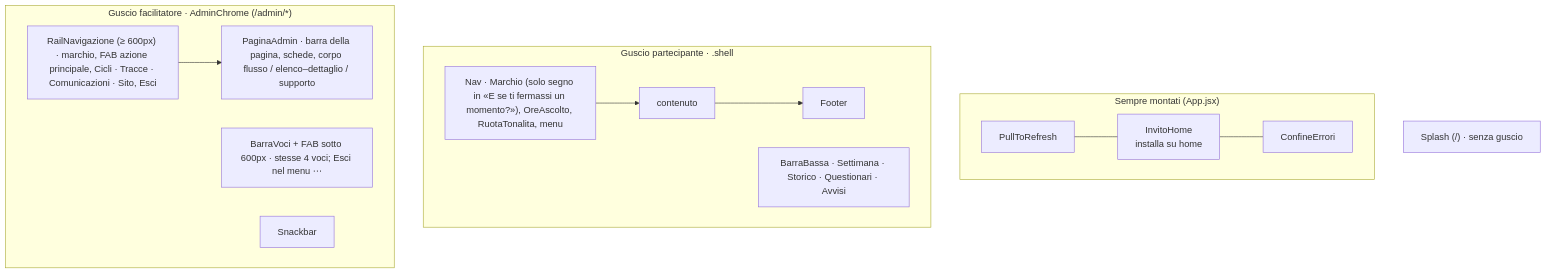
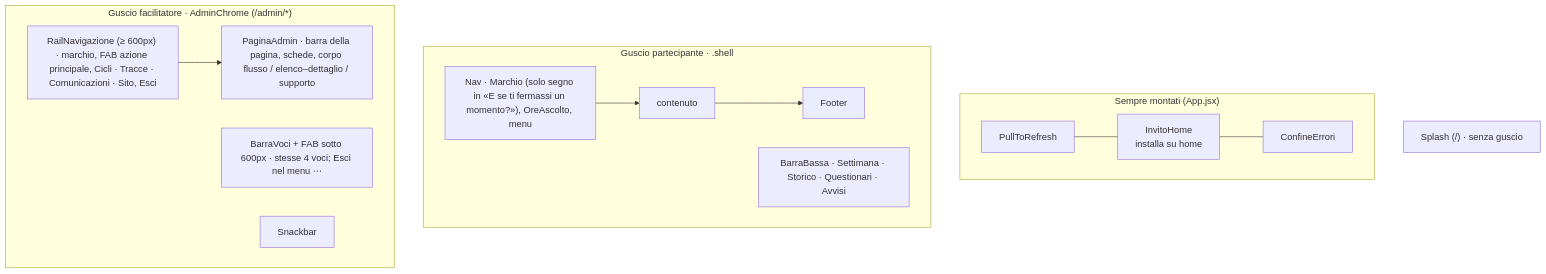
Before and after one commit to salonbookingsystemou-dot/conscio: the diagram in docs/interfaccia.md, drawn with Mermaid. The commit also changed other lines of this file and 13 other files, not shown here.

````diff
--- a/docs/interfaccia.md
+++ b/docs/interfaccia.md
@@ -13,16 +13,16 @@
 ```mermaid
 flowchart TB
   subgraph Globali["Sempre montati (App.jsx)"]
     PTR[PullToRefresh] --- IH[InvitoHome<br/>installa su home] --- CE[ConfineErrori]
   end
   subgraph Part["Guscio partecipante · .shell"]
-    NAV["Nav · Marchio (solo segno in «E se ti fermassi un momento?»), OreAscolto, RuotaTonalita, menu"] --> CONT1[contenuto] --> FOOT[Footer]
+    NAV["Nav · Marchio (solo segno in «E se ti fermassi un momento?»), OreAscolto, menu"] --> CONT1[contenuto] --> FOOT[Footer]
     BB["BarraBassa · Settimana · Storico · Questionari · Avvisi"]
   end
   subgraph Fac["Guscio facilitatore · AdminChrome (/admin/*)"]
     RAIL["RailNavigazione (≥ 600px) · marchio, FAB azione principale, Cicli · Tracce · Comunicazioni · Sito, Esci"] --> CONT2["PaginaAdmin · barra della pagina, schede, corpo flusso / elenco–dettaglio / supporto"]
     BBF["BarraVoci + FAB sotto 600px · stesse 4 voci; Esci nel menu ⋯"]
     SNK["Snackbar"]
   end
   SPL["Splash (/) · senza guscio"]
 ```
````
